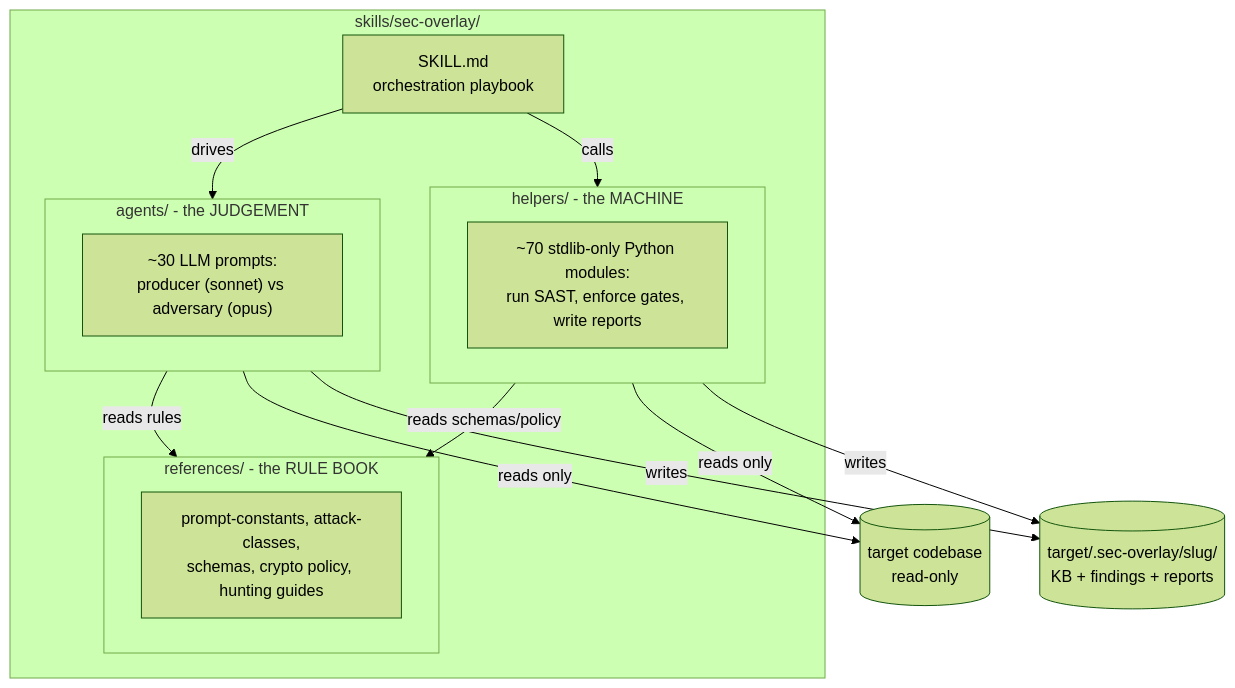
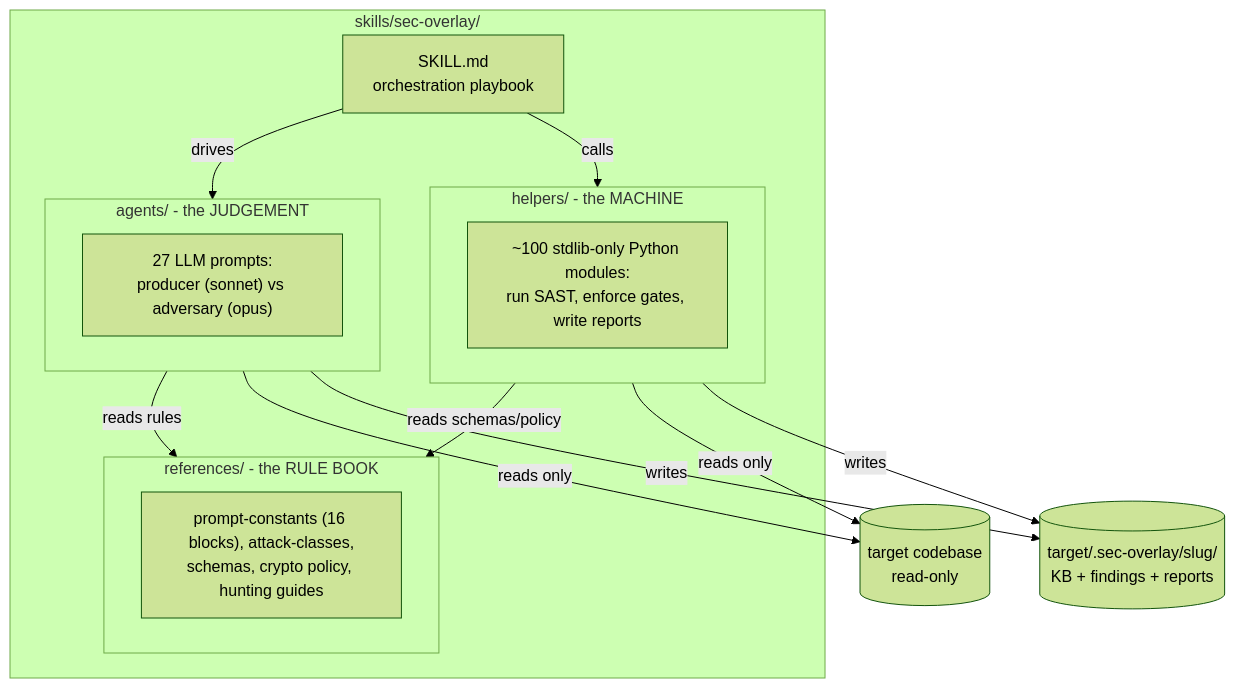
The diagram in openwiki/plugins/sec-overlay/overview.md (cjbischoff/cjbischoff-claude-code-tools), drawn with Mermaid (forest theme) before and after one commit. The commit also changed other lines of this file and 15 other files, not shown here.

````diff
--- a/openwiki/plugins/sec-overlay/overview.md
+++ b/openwiki/plugins/sec-overlay/overview.md
@@ -47,26 +50,26 @@
 ```mermaid
 flowchart TB
     subgraph OVERLAY["skills/sec-overlay/"]
         SKILL["SKILL.md<br/>orchestration playbook"]
         subgraph REF["references/ - the RULE BOOK"]
-            R1["prompt-constants, attack-classes,<br/>schemas, crypto policy, hunting guides"]
+            R1["prompt-constants (16 blocks), attack-classes,<br/>schemas, crypto policy, hunting guides"]
         end
         subgraph AG["agents/ - the JUDGEMENT"]
-            A1["~30 LLM prompts:<br/>producer (sonnet) vs adversary (opus)"]
+            A1["27 LLM prompts:<br/>producer (sonnet) vs adversary (opus)"]
         end
         subgraph HP["helpers/ - the MACHINE"]
-            H1["~70 stdlib-only Python modules:<br/>run SAST, enforce gates, write reports"]
+            H1["~100 stdlib-only Python modules:<br/>run SAST, enforce gates, write reports"]
         end
     end
     TARGET[("target codebase<br/>read-only")]
     OUT[("target/.sec-overlay/slug/<br/>KB + findings + reports")]
 
     SKILL -->|drives| AG
     SKILL -->|calls| HP
     AG -->|reads rules| REF
     HP -->|reads schemas/policy| REF
     HP -->|reads only| TARGET
     AG -->|reads only| TARGET
     HP -->|writes| OUT
     AG -->|writes| OUT
 ```
````
